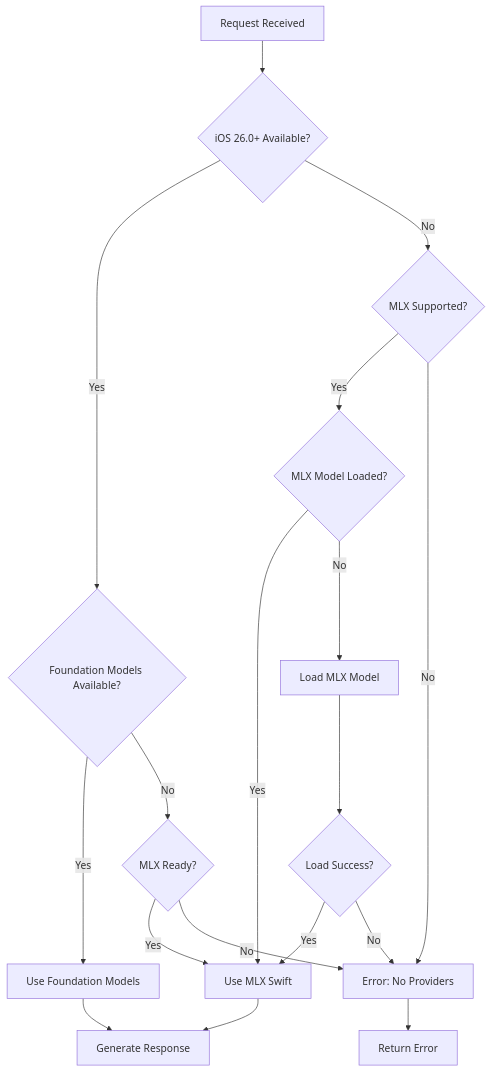
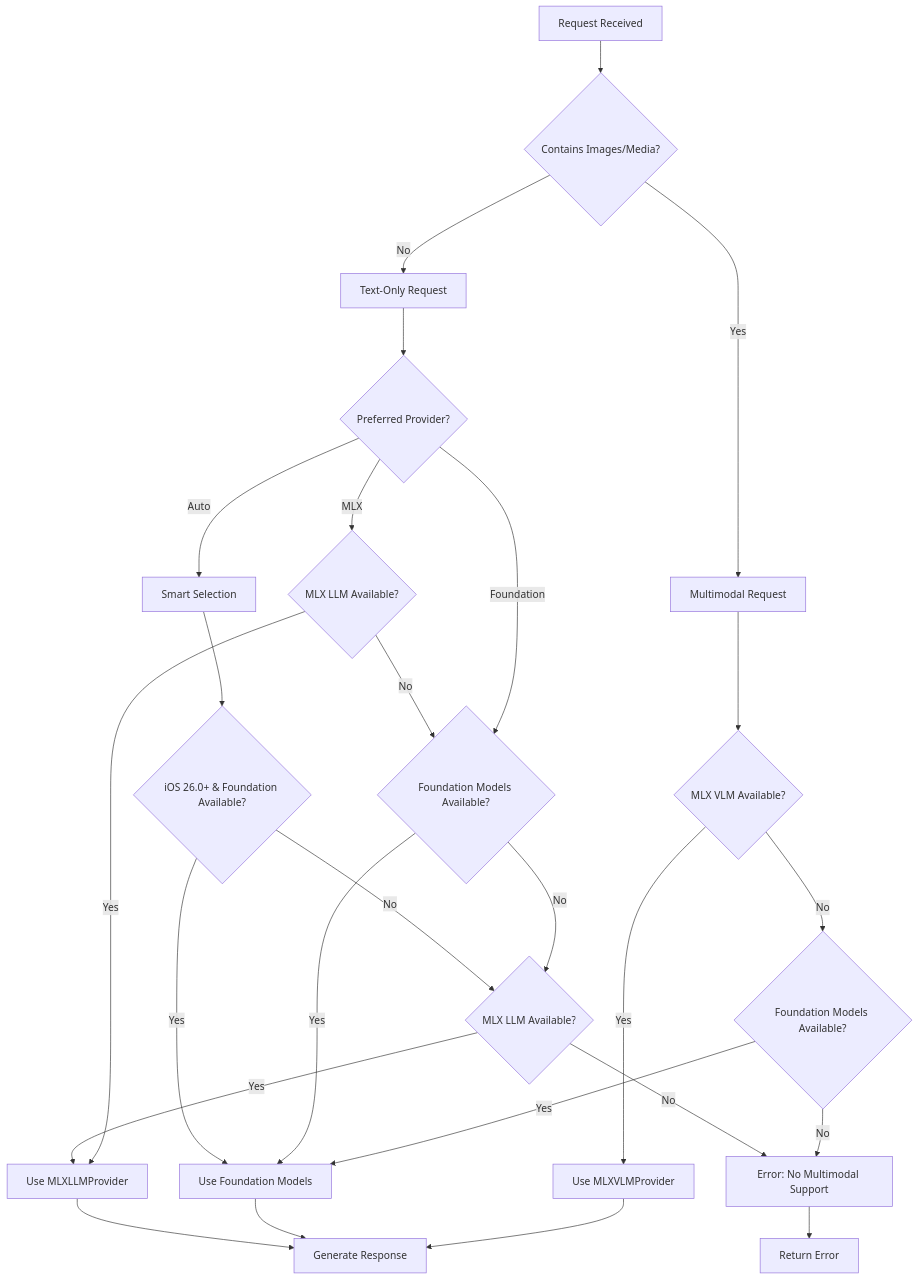
The diagram in docs/architecture/AI_PROVIDER_ARCHITECTURE.md (likesjx/ProjectOne), drawn with Mermaid before and after one commit. The commit also changed other lines of this file and 16 other files, not shown here.

First line of the commit message:
Add MLXServiceTypes and model selection guide for Gemma-3n implementation

````diff
--- a/docs/architecture/AI_PROVIDER_ARCHITECTURE.md
+++ b/docs/architecture/AI_PROVIDER_ARCHITECTURE.md
@@ -155,26 +238,35 @@
 ```mermaid
 graph TD
-    A[Request Received] --> B{iOS 26.0+ Available?}
-    B -->|Yes| C{Foundation Models Available?}
-    B -->|No| D{MLX Supported?}
+    A[Request Received] --> B{Contains Images/Media?}
+    B -->|Yes| C[Multimodal Request]
+    B -->|No| D[Text-Only Request]
     
-    C -->|Yes| E[Use Foundation Models]
-    C -->|No| F{MLX Ready?}
+    C --> E{MLX VLM Available?}
+    E -->|Yes| F[Use MLXVLMProvider]
+    E -->|No| G{Foundation Models Available?}
+    G -->|Yes| H[Use Foundation Models]
+    G -->|No| I[Error: No Multimodal Support]
     
-    D -->|Yes| G{MLX Model Loaded?}
-    D -->|No| H[Error: No Providers]
+    D --> J{Preferred Provider?}
+    J -->|Foundation| K{Foundation Models Available?}
+    J -->|MLX| L{MLX LLM Available?}
+    J -->|Auto| M[Smart Selection]
     
-    F -->|Yes| I[Use MLX Swift]
-    F -->|No| H
+    K -->|Yes| H
+    K -->|No| N{MLX LLM Available?}
     
-    G -->|Yes| I
-    G -->|No| J[Load MLX Model]
+    L -->|Yes| O[Use MLXLLMProvider]
+    L -->|No| K
     
-    J --> K{Load Success?}
-    K -->|Yes| I
-    K -->|No| H
+    M --> P{iOS 26.0+ & Foundation Available?}
+    P -->|Yes| H
+    P -->|No| N
     
-    E --> L[Generate Response]
-    I --> L
-    H --> M[Return Error]
+    N -->|Yes| O
+    N -->|No| I
+    
+    F --> Q[Generate Response]
+    H --> Q
+    O --> Q
+    I --> R[Return Error]
 ```
````
